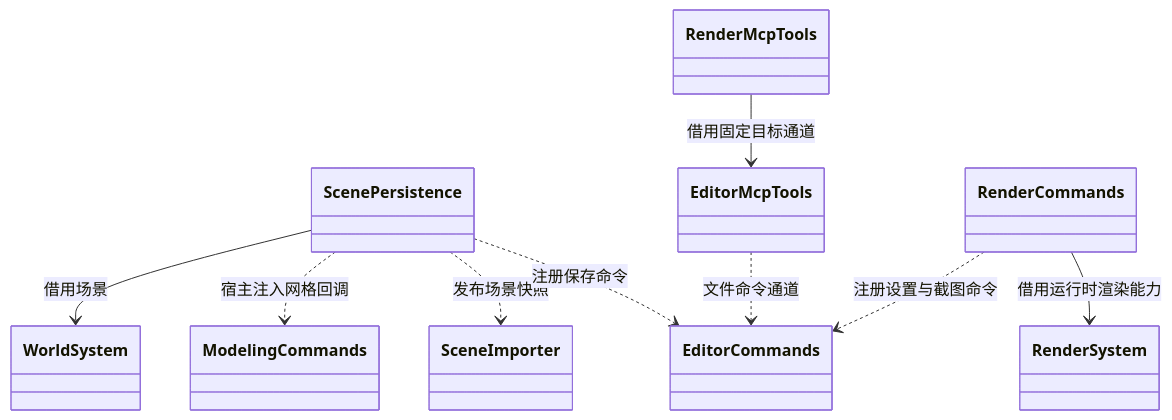
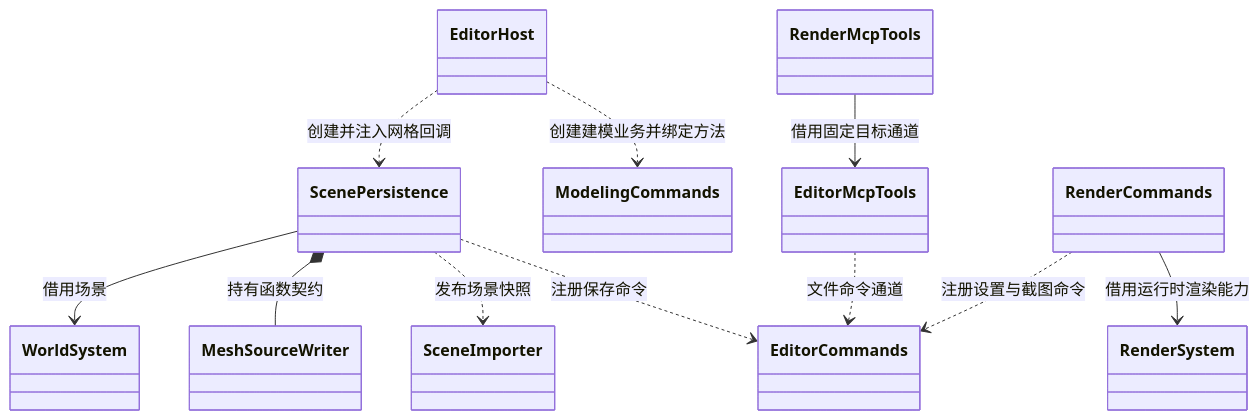
One commit to lcals/Engine changed diagram 30 of 30 in docs/class-diagrams/references.md. Above: the diagram before and after it, drawn with Mermaid. The commit also changed other lines of this file and 199 other files, not shown here.

````diff
--- a/docs/class-diagrams/references.md
+++ b/docs/class-diagrams/references.md
@@ -828,20 +838,24 @@
 ```mermaid
 classDiagram
     class ScenePersistence
     class ModelingCommands
+    class EditorHost
+    class MeshSourceWriter
     class WorldSystem
     class SceneImporter
     class EditorCommands
     class EditorMcpTools
     class RenderCommands
     class RenderMcpTools
     class RenderSystem
     ScenePersistence --> WorldSystem : 借用场景
-    ScenePersistence ..> ModelingCommands : 宿主注入网格回调
+    EditorHost ..> ModelingCommands : 创建建模业务并绑定方法
+    EditorHost ..> ScenePersistence : 创建并注入网格回调
+    ScenePersistence *-- MeshSourceWriter : 持有函数契约
     ScenePersistence ..> SceneImporter : 发布场景快照
     ScenePersistence ..> EditorCommands : 注册保存命令
     EditorMcpTools ..> EditorCommands : 文件命令通道
     RenderMcpTools --> EditorMcpTools : 借用固定目标通道
     RenderCommands ..> EditorCommands : 注册设置与截图命令
     RenderCommands --> RenderSystem : 借用运行时渲染能力
 ```
````
